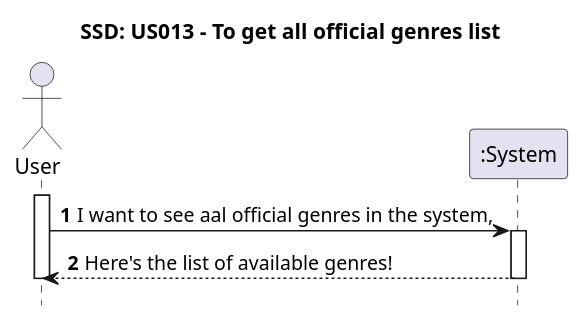
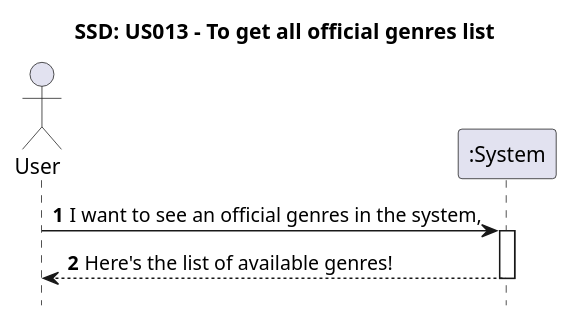
The diagram in Diagrams/SequenceDiagrams/N1/US013-to-get-official-genres-list.puml (AndrePereiraGitH/SWitCH-Project-Team_A), drawn with PlantUML before and after one commit. The commit also changed 2 other files, not shown here.

```diff
--- a/Diagrams/SequenceDiagrams/N1/US013-to-get-official-genres-list.puml
+++ b/Diagrams/SequenceDiagrams/N1/US013-to-get-official-genres-list.puml
@@ -1,21 +1,19 @@
 @startuml
 'https://plantuml.com/sequence-diagram
 
 autonumber
 
 hide footbox
 title SSD: US013 - To get all official genres list
 
 actor "User" as User
 participant ":System" as System
 
-activate User
 
-    User -> System : I want to see aal official genres in the system,
+    User -> System : I want to see an official genres in the system,
     activate System
 
     System --> User : Here's the list of available genres!
     deactivate System
 
-deactivate User
 @enduml
```
